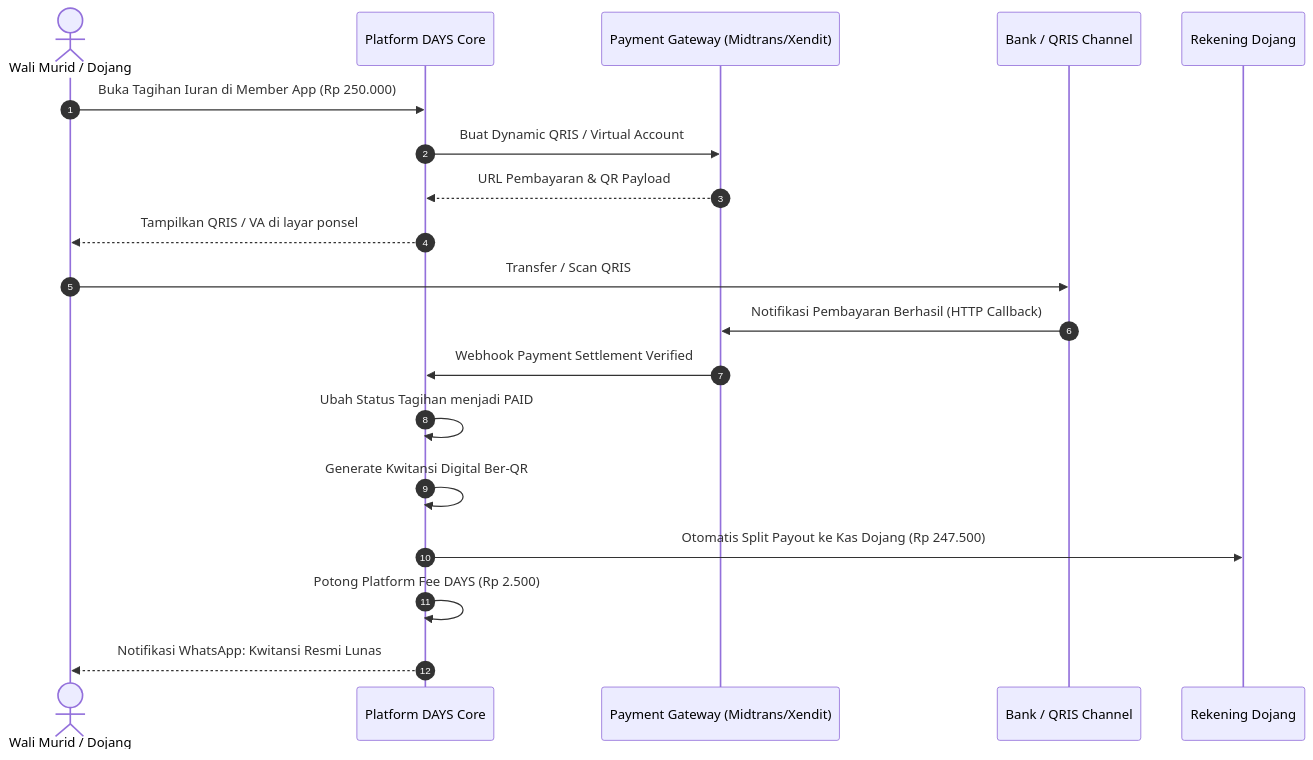
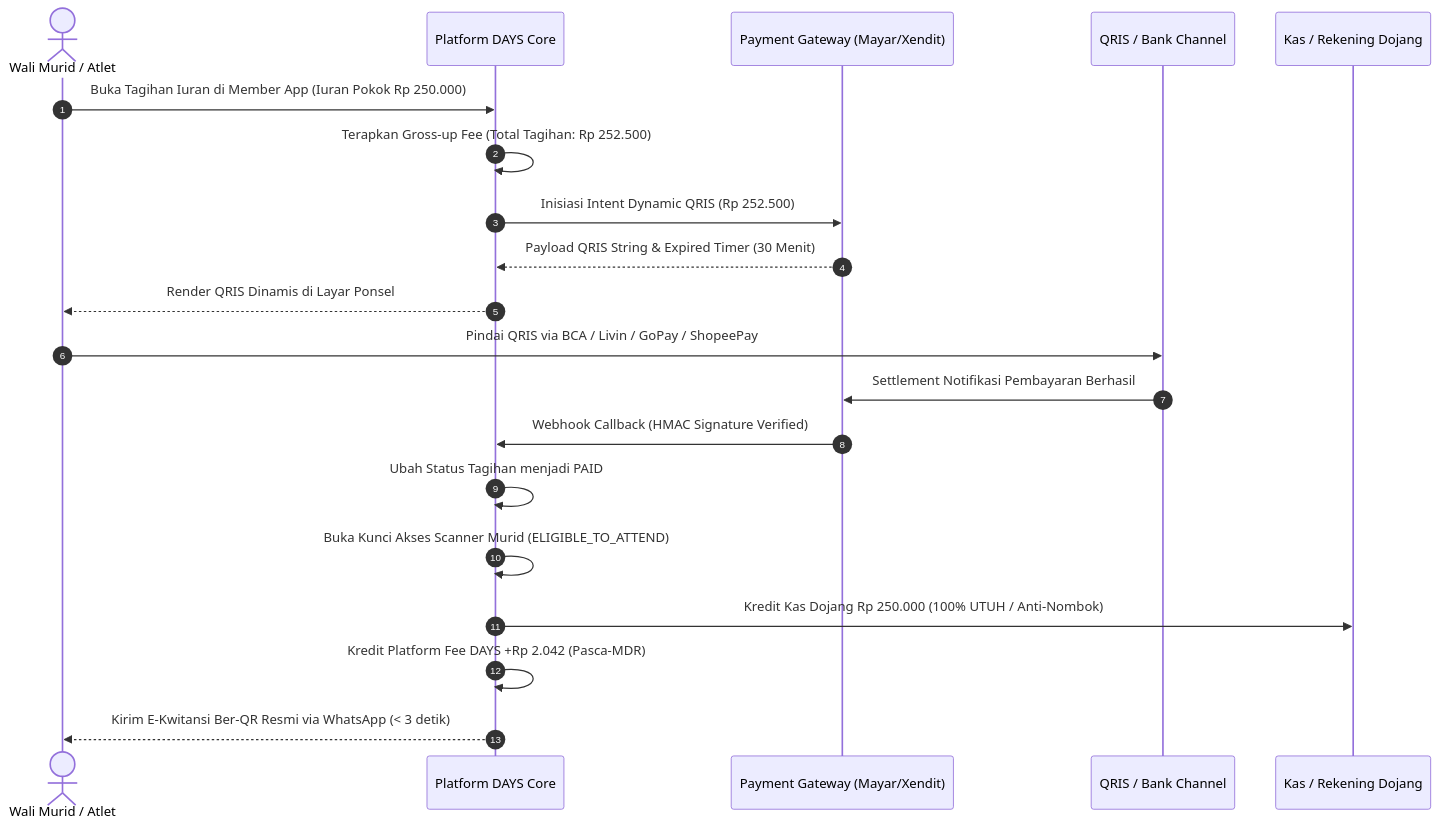
The third of 3 diagrams in content/ideas/dojang-management/02-value-system-and-monetization.md (dojangsystem-ai/days), drawn with Mermaid before and after one commit. The commit also changed other lines of this file and 3 other files, not shown here.

Commit message:
feat(dojang): add monetization value system and payment gateway specs for days platform

````diff
--- a/content/ideas/dojang-management/02-value-system-and-monetization.md
+++ b/content/ideas/dojang-management/02-value-system-and-monetization.md
@@ -154,22 +200,23 @@
 ```mermaid
 sequenceDiagram
     autonumber
-    actor Wali as Wali Murid / Dojang
+    actor Wali as Wali Murid / Atlet
     participant DAYS as Platform DAYS Core
-    participant PG as Payment Gateway (Midtrans/Xendit)
-    participant Bank as Bank / QRIS Channel
-    participant DojangWallet as Rekening Dojang
+    participant PG as Payment Gateway (Mayar/Xendit)
+    participant Bank as QRIS / Bank Channel
+    participant DojangWallet as Kas / Rekening Dojang
 
-    Wali->>DAYS: Buka Tagihan Iuran di Member App (Rp 250.000)
-    DAYS->>PG: Buat Dynamic QRIS / Virtual Account
-    PG-->>DAYS: URL Pembayaran & QR Payload
-    DAYS-->>Wali: Tampilkan QRIS / VA di layar ponsel
-    Wali->>Bank: Transfer / Scan QRIS
-    Bank->>PG: Notifikasi Pembayaran Berhasil (HTTP Callback)
-    PG->>DAYS: Webhook Payment Settlement Verified
+    Wali->>DAYS: Buka Tagihan Iuran di Member App (Iuran Pokok Rp 250.000)
+    DAYS->>DAYS: Terapkan Gross-up Fee (Total Tagihan: Rp 252.500)
+    DAYS->>PG: Inisiasi Intent Dynamic QRIS (Rp 252.500)
+    PG-->>DAYS: Payload QRIS String & Expired Timer (30 Menit)
+    DAYS-->>Wali: Render QRIS Dinamis di Layar Ponsel
+    Wali->>Bank: Pindai QRIS via BCA / Livin / GoPay / ShopeePay
+    Bank->>PG: Settlement Notifikasi Pembayaran Berhasil
+    PG->>DAYS: Webhook Callback (HMAC Signature Verified)
     DAYS->>DAYS: Ubah Status Tagihan menjadi PAID
-    DAYS->>DAYS: Generate Kwitansi Digital Ber-QR
-    DAYS->>DojangWallet: Otomatis Split Payout ke Kas Dojang (Rp 247.500)
-    DAYS->>DAYS: Potong Platform Fee DAYS (Rp 2.500)
-    DAYS-->>Wali: Notifikasi WhatsApp: Kwitansi Resmi Lunas
+    DAYS->>DAYS: Buka Kunci Akses Scanner Murid (ELIGIBLE_TO_ATTEND)
+    DAYS->>DojangWallet: Kredit Kas Dojang Rp 250.000 (100% UTUH / Anti-Nombok)
+    DAYS->>DAYS: Kredit Platform Fee DAYS +Rp 2.042 (Pasca-MDR)
+    DAYS-->>Wali: Kirim E-Kwitansi Ber-QR Resmi via WhatsApp (< 3 detik)
 ```
````
